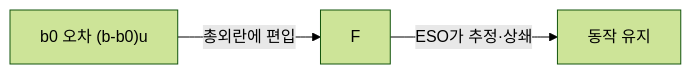
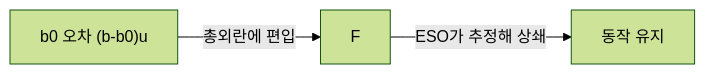
Before and after one commit to genie4youu/genie4youu.github.io: the diagram in _posts/adrc/2026-07-21-08-b0-critical-gain.md, drawn with Mermaid (forest theme). The commit also changed other lines of this file and 100 other files, not shown here.

````diff
--- a/_posts/adrc/2026-07-21-08-b0-critical-gain.md
+++ b/_posts/adrc/2026-07-21-08-b0-critical-gain.md
@@ -42,5 +42,5 @@
 ```mermaid
 flowchart LR
     B["b0 오차 (b-b0)u"] -->|총외란에 편입| F["F"]
-    F -->|ESO가 추정·상쇄| OK["동작 유지"]
+    F -->|ESO가 추정해 상쇄| OK["동작 유지"]
 ```
````
